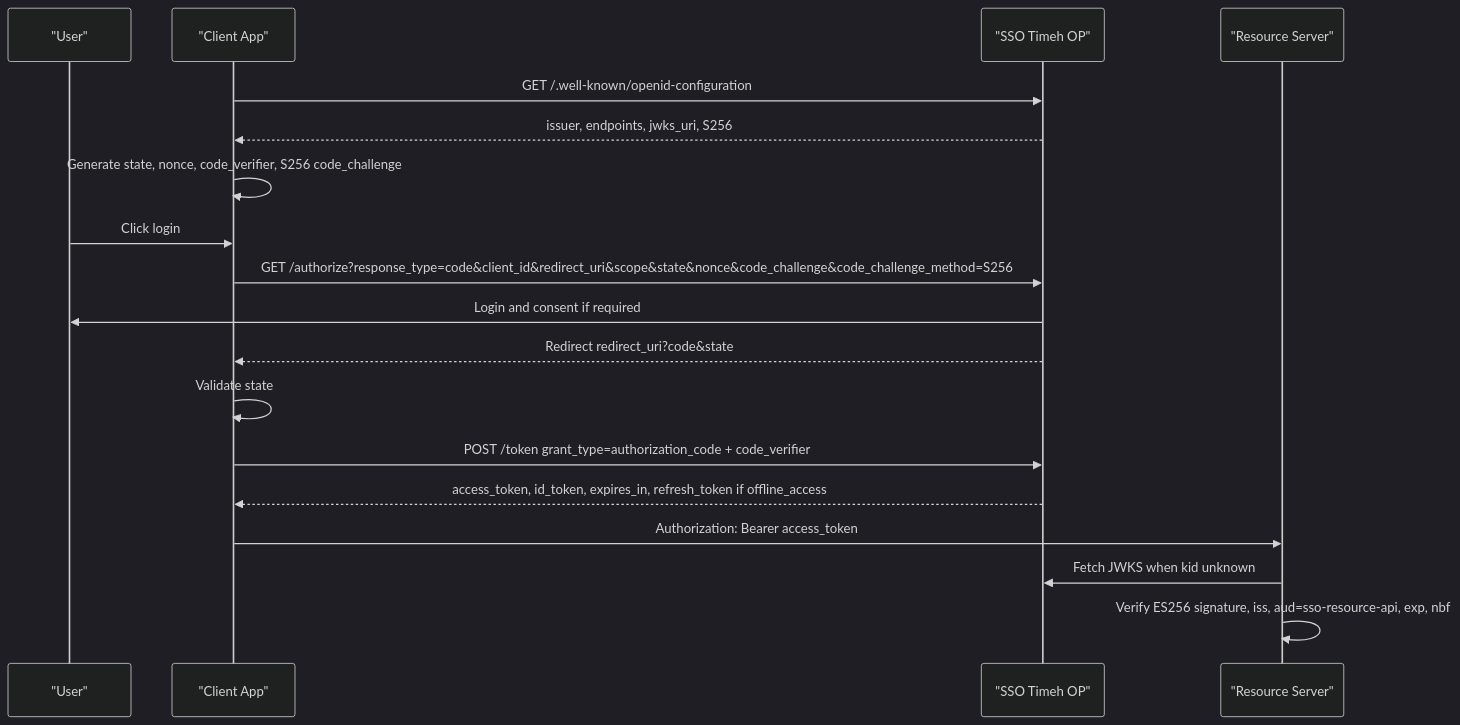
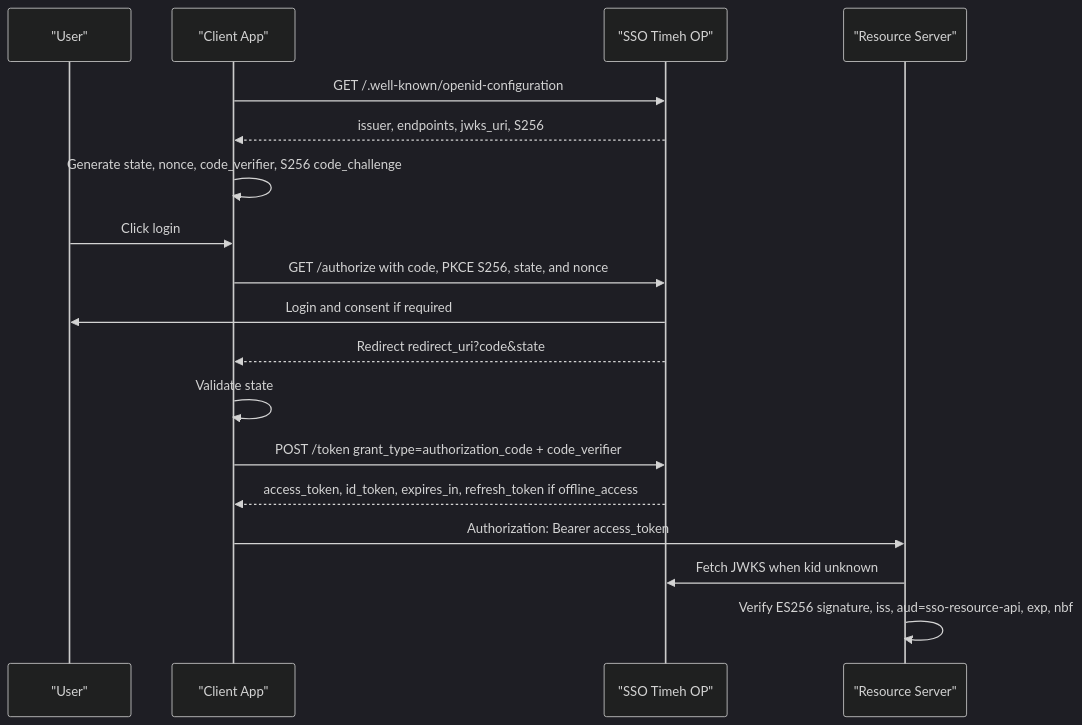
Before and after one commit to Leavend/SSO_Kali: the diagram in docs/developers/README.md, drawn with Mermaid (dark theme). The commit also changed 6 other files, not shown here.

Commit message:
fix(docs): improve mobile code and diagram rendering

````diff
--- a/docs/developers/README.md
+++ b/docs/developers/README.md
@@ -26,21 +26,21 @@
 ```mermaid
 sequenceDiagram
     participant U as "User"
     participant C as "Client App"
     participant OP as "SSO Timeh OP"
     participant API as "Resource Server"
 
     C->>OP: GET /.well-known/openid-configuration
     OP-->>C: issuer, endpoints, jwks_uri, S256
     C->>C: Generate state, nonce, code_verifier, S256 code_challenge
     U->>C: Click login
-    C->>OP: GET /authorize?response_type=code&client_id&redirect_uri&scope&state&nonce&code_challenge&code_challenge_method=S256
+    C->>OP: GET /authorize with code, PKCE S256, state, and nonce
     OP->>U: Login and consent if required
     OP-->>C: Redirect redirect_uri?code&state
     C->>C: Validate state
     C->>OP: POST /token grant_type=authorization_code + code_verifier
     OP-->>C: access_token, id_token, expires_in, refresh_token if offline_access
     C->>API: Authorization: Bearer access_token
     API->>OP: Fetch JWKS when kid unknown
     API->>API: Verify ES256 signature, iss, aud=sso-resource-api, exp, nbf
 ```
````
